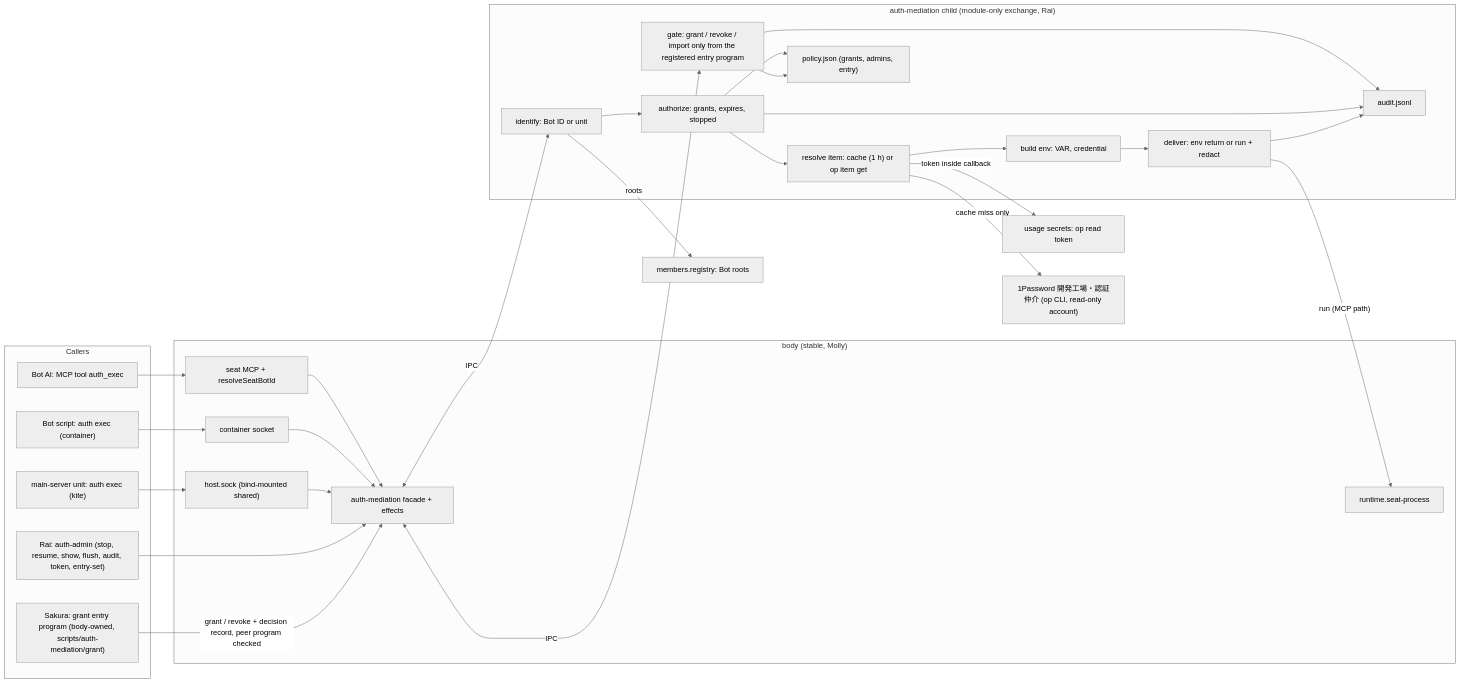
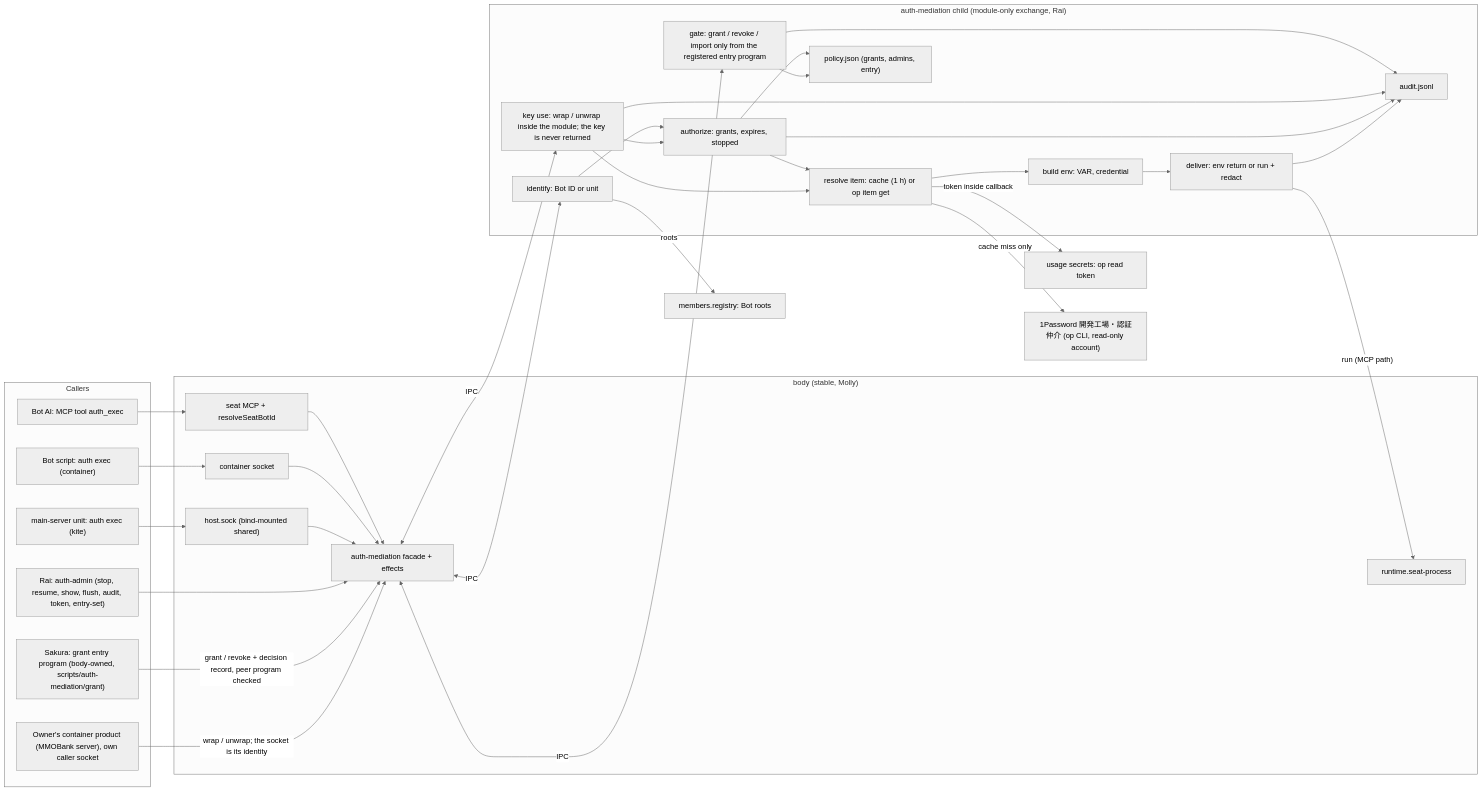
One commit to kitepon/BellTeam changed the first of 2 diagrams in docs/architecture/modules/auth-mediation/README.md. Above: the diagram before and after it, drawn with Mermaid (neutral theme). The commit also changed other lines of this file and 12 other files, not shown here.

````diff
--- a/docs/architecture/modules/auth-mediation/README.md
+++ b/docs/architecture/modules/auth-mediation/README.md
@@ -76,45 +80,51 @@
 ```mermaid
 flowchart LR
   subgraph Callers
     AI["Bot AI: MCP tool auth_exec"]
     Script["Bot script: auth exec (container)"]
     Host["main-server unit: auth exec (kite)"]
     Admin["Rai: auth-admin (stop, resume, show, flush, audit, token, entry-set)"]
     Entry["Sakura: grant entry program (body-owned, scripts/auth-mediation/grant)"]
+    Product["Owner's container product (MMOBank server), own caller socket"]
   end
   subgraph Body["body (stable, Molly)"]
     MCP["seat MCP + resolveSeatBotId"]
     SeatSock["container socket"]
     HostSock["host.sock (bind-mounted shared)"]
     Facade["auth-mediation facade + effects"]
     Runner["runtime.seat-process"]
   end
   subgraph Child["auth-mediation child (module-only exchange, Rai)"]
     Ident["identify: Bot ID or unit"]
     Auth["authorize: grants, expires, stopped"]
     Items["resolve item: cache (1 h) or op item get"]
     Env["build env: VAR, credential"]
     Deliver["deliver: env return or run + redact"]
     Audit["audit.jsonl"]
     Policy["policy.json (grants, admins, entry)"]
     Gate["gate: grant / revoke / import only from the registered entry program"]
+    KeyUse["key use: wrap / unwrap inside the module; the key is never returned"]
   end
   Usage["usage secrets: op read token"]
   Members["members.registry: Bot roots"]
   OP["1Password 開発工場・認証仲介 (op CLI, read-only account)"]
   AI --> MCP --> Facade
   Script --> SeatSock --> Facade
   Host --> HostSock --> Facade
   Admin --> Facade
   Entry -->|"grant / revoke + decision record, peer program checked"| Facade
+  Product -->|"wrap / unwrap; the socket is its identity"| Facade
   Facade <-->|IPC| Ident --> Auth --> Items --> Env --> Deliver
   Auth --> Policy
   Facade <-->|IPC| Gate --> Policy
   Gate --> Audit
+  Facade <-->|IPC| KeyUse --> Auth
+  KeyUse --> Items
+  KeyUse --> Audit
   Items -->|cache miss only| OP
   Items -->|token inside callback| Usage
   Ident -->|roots| Members
   Deliver -->|"run (MCP path)"| Runner
   Auth --> Audit
   Deliver --> Audit
 ```
````
